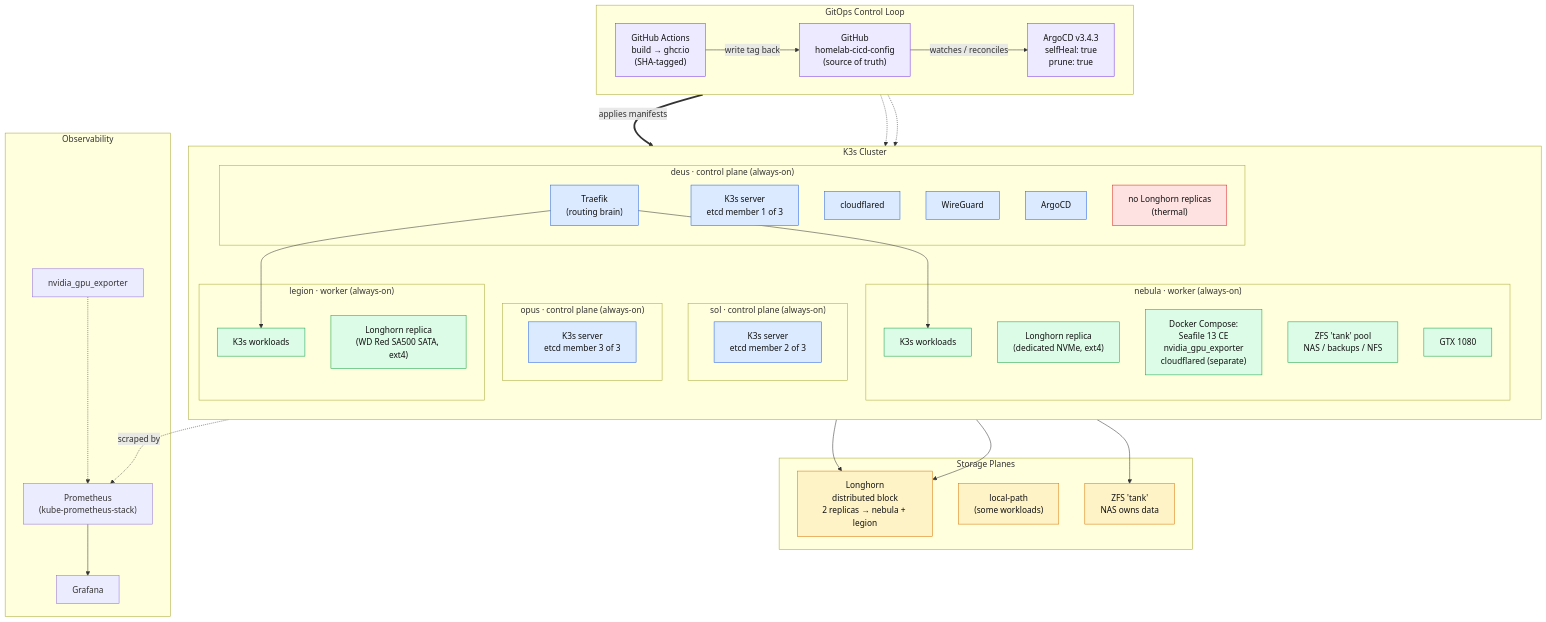
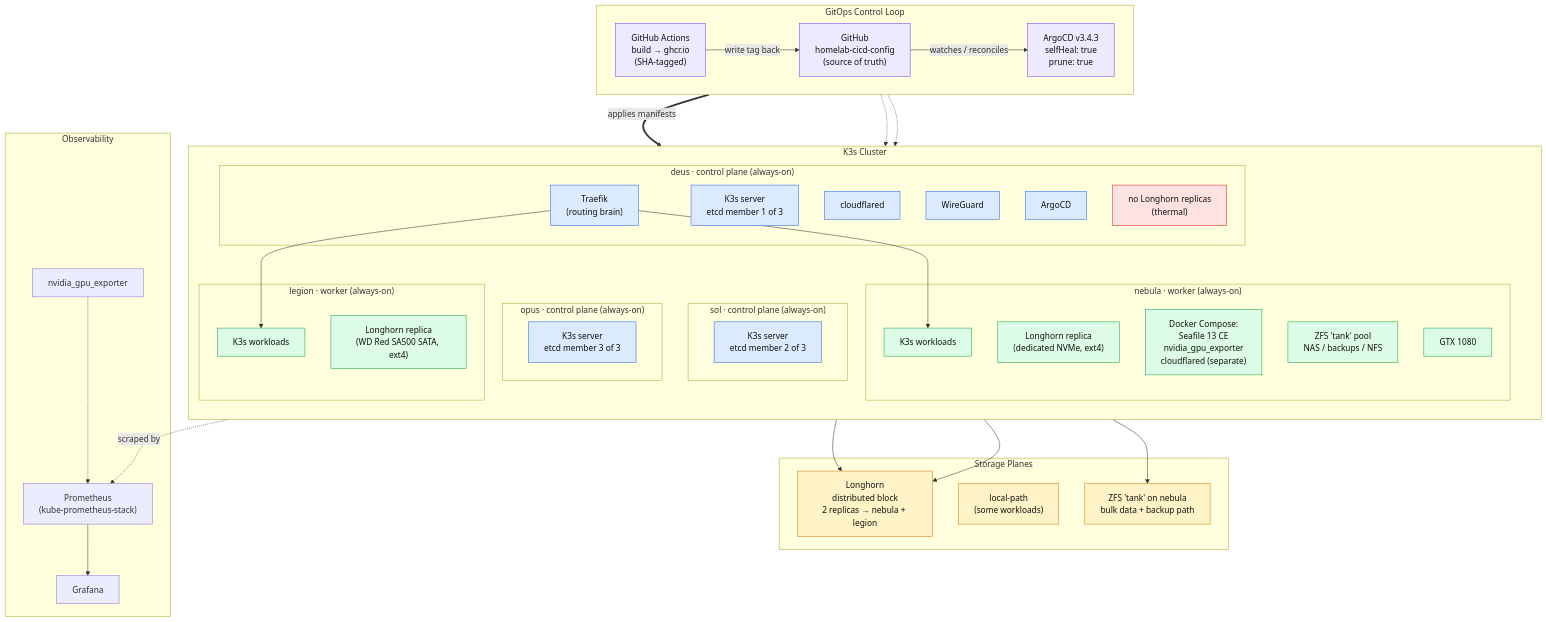
The second of 4 diagrams in docs/system-architecture/home-cluster.md (home-compute-cluster/docs), drawn with Mermaid before and after one commit. The commit also changed other lines of this file and 4 other files, not shown here.

First line of the commit message:
Drop the "NAS owns data, K3s owns services" framing

```diff
--- a/docs/system-architecture/home-cluster.md
+++ b/docs/system-architecture/home-cluster.md
@@ -188,7 +188,7 @@
     subgraph storage["Storage Planes"]
         longhorn["Longhorn<br/>distributed block<br/>2 replicas → nebula + legion"]
         localpath["local-path<br/>(some workloads)"]
-        zfs_nas["ZFS 'tank'<br/>NAS owns data"]
+        zfs_nas["ZFS 'tank' on nebula<br/>bulk data + backup path"]
     end
 
     subgraph obs["Observability"]
```
